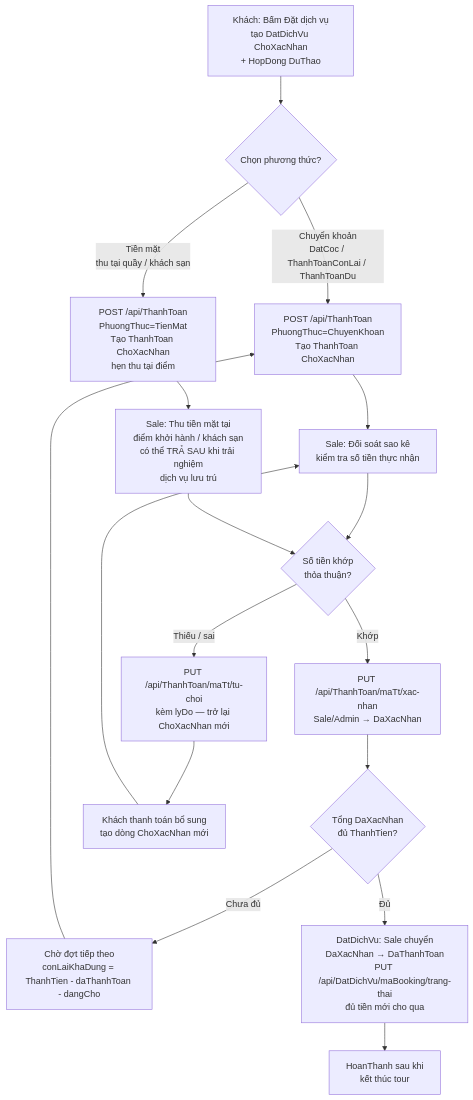
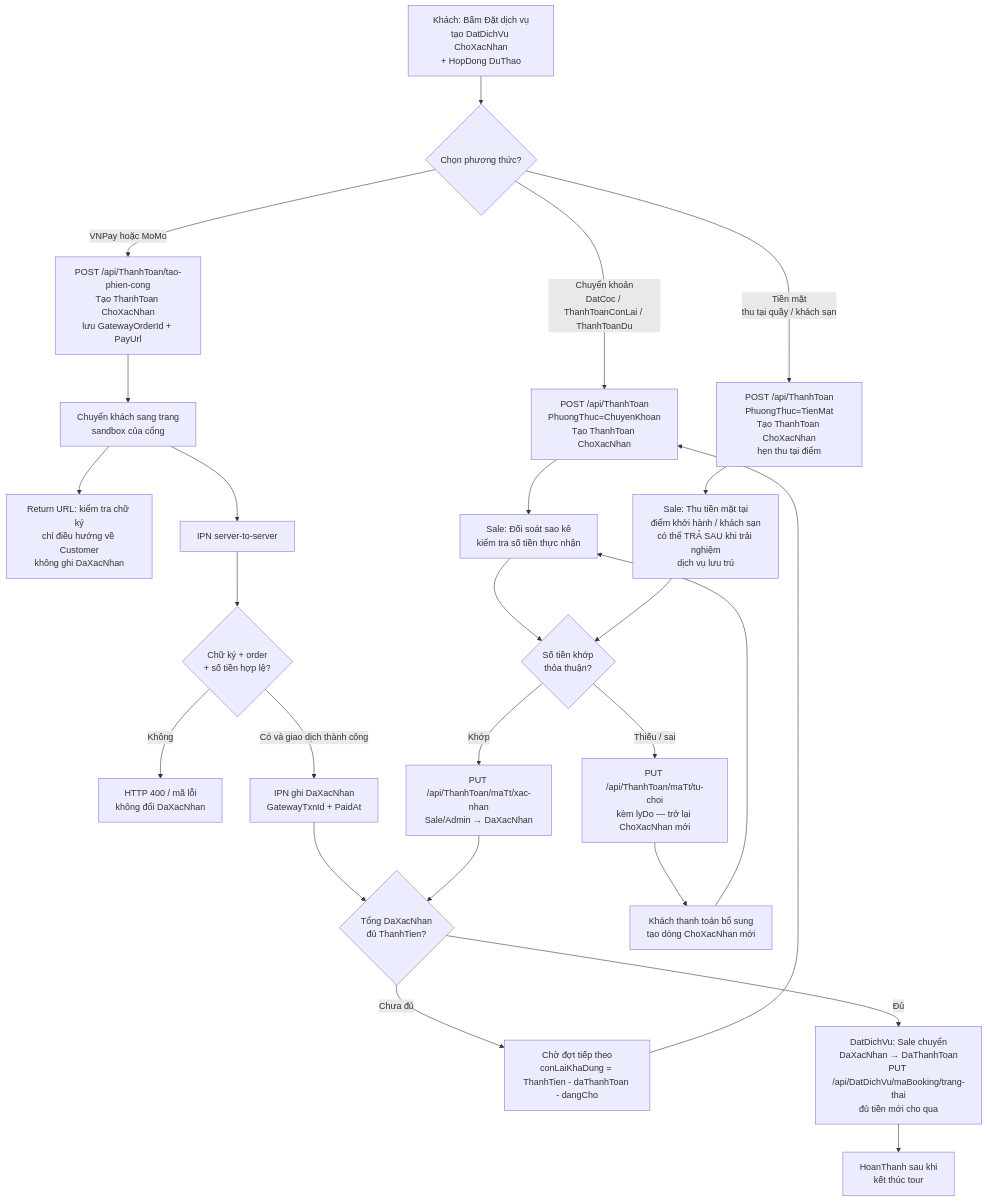
Before and after one commit to Lifehealth-fresh/DoAn_TourDuLich: the diagram in docs/QUY-TRINH-THANH-TOAN.md, drawn with Mermaid. The commit also changed other lines of this file and 16 other files, not shown here.

````diff
--- a/docs/QUY-TRINH-THANH-TOAN.md
+++ b/docs/QUY-TRINH-THANH-TOAN.md
@@ -7,18 +9,26 @@
 ```mermaid
 flowchart TD
     A[Khách: Bấm Đặt dịch vụ<br/>tạo DatDichVu ChoXacNhan<br/>+ HopDong DuThao] --> B{Chọn phương thức?}
     B -->|Chuyển khoản<br/>DatCoc / ThanhToanConLai / ThanhToanDu| C[POST /api/ThanhToan<br/>PhuongThuc=ChuyenKhoan<br/>Tạo ThanhToan ChoXacNhan]
     B -->|Tiền mặt<br/>thu tại quầy / khách sạn| D[POST /api/ThanhToan<br/>PhuongThuc=TienMat<br/>Tạo ThanhToan ChoXacNhan<br/>hẹn thu tại điểm]
+    B -->|VNPay hoặc MoMo| P[POST /api/ThanhToan/tao-phien-cong<br/>Tạo ThanhToan ChoXacNhan<br/>lưu GatewayOrderId + PayUrl]
+    P --> Q[Chuyển khách sang trang<br/>sandbox của cổng]
+    Q --> R[Return URL: kiểm tra chữ ký<br/>chỉ điều hướng về Customer<br/>không ghi DaXacNhan]
+    Q --> S[IPN server-to-server]
+    S --> T{Chữ ký + order<br/>+ số tiền hợp lệ?}
+    T -->|Không| V[HTTP 400 / mã lỗi<br/>không đổi DaXacNhan]
+    T -->|Có và giao dịch thành công| U[IPN ghi DaXacNhan<br/>GatewayTxnId + PaidAt]
+    U --> J
     C --> E[Sale: Đối soát sao kê<br/>kiểm tra số tiền thực nhận]
     D --> F[Sale: Thu tiền mặt tại<br/>điểm khởi hành / khách sạn<br/>có thể TRẢ SAU khi trải nghiệm<br/>dịch vụ lưu trú]
     E --> G{Số tiền khớp<br/>thỏa thuận?}
     F --> G
     G -->|Khớp| H[PUT /api/ThanhToan/maTt/xac-nhan<br/>Sale/Admin → DaXacNhan]
     G -->|Thiếu / sai| I[PUT /api/ThanhToan/maTt/tu-choi<br/>kèm lyDo — trở lại ChoXacNhan mới]
     H --> J{Tổng DaXacNhan<br/>đủ ThanhTien?}
     I --> K[Khách thanh toán bổ sung<br/>tạo dòng ChoXacNhan mới] --> E
     J -->|Chưa đủ| L[Chờ đợt tiếp theo<br/>conLaiKhaDung = ThanhTien - daThanhToan - dangCho]
     L --> C
     J -->|Đủ| M[DatDichVu: Sale chuyển<br/>DaXacNhan → DaThanhToan<br/>PUT /api/DatDichVu/maBooking/trang-thai<br/>đủ tiền mới cho qua]
     M --> N[HoanThanh sau khi<br/>kết thúc tour]
 ```
````
